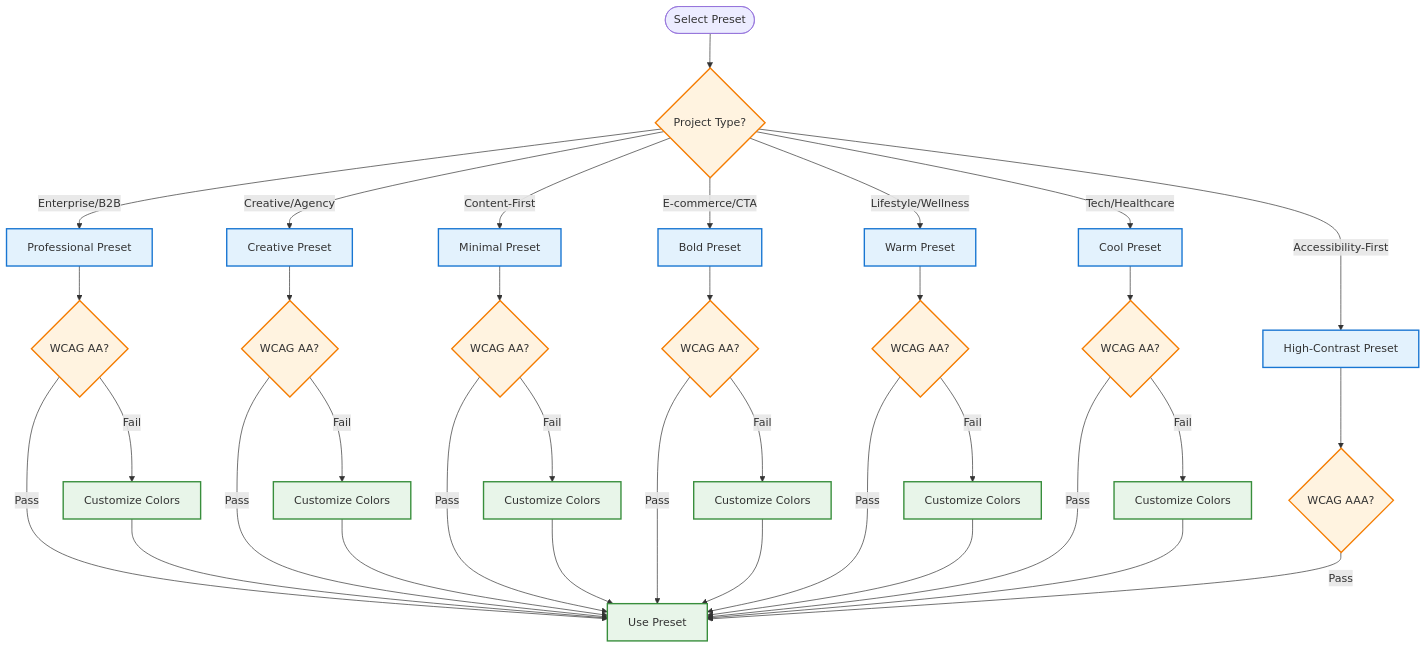
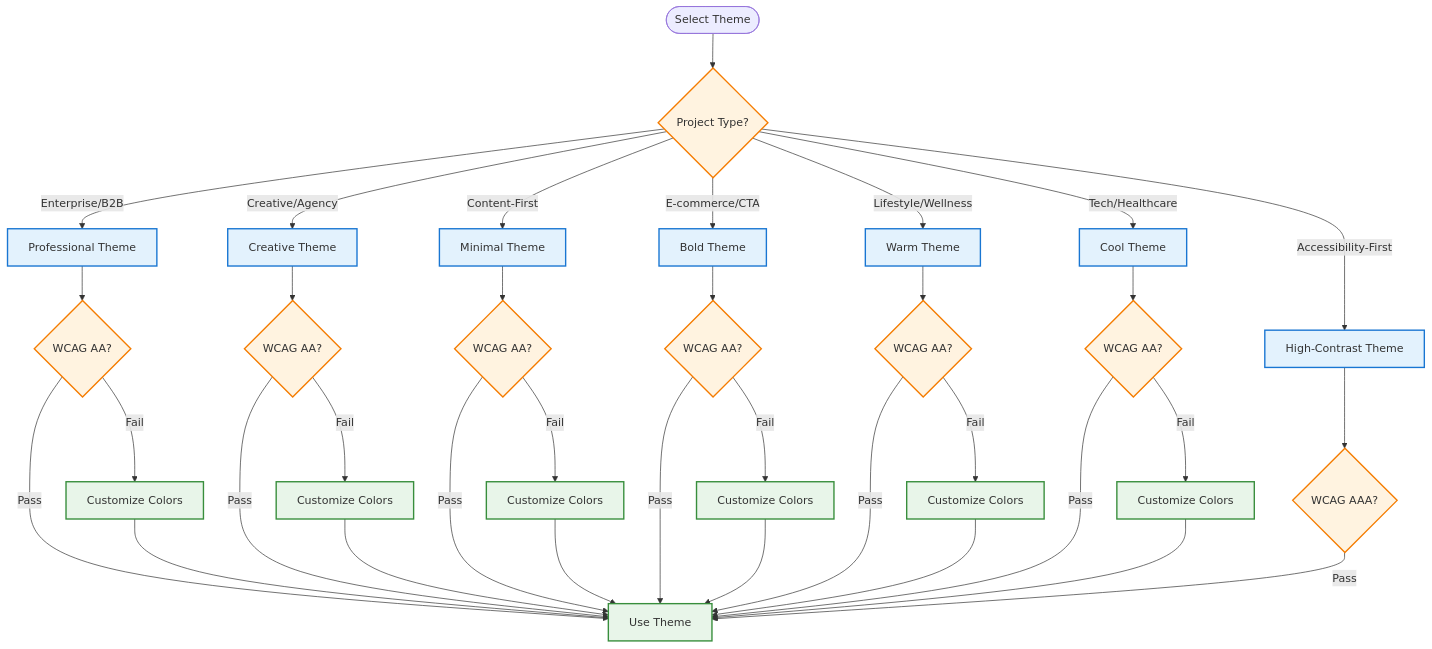
One commit to soo-kate-yeon/framingui changed the diagram in packages/token-contract/docs/BEST-PRACTICES.md. Above: the diagram before and after it, drawn with Mermaid. The commit also changed other lines of this file and 301 other files, not shown here.

First line of the commit message:
refactor: rename preset→theme, archetype→component across codebase

````diff
--- a/packages/token-contract/docs/BEST-PRACTICES.md
+++ b/packages/token-contract/docs/BEST-PRACTICES.md
@@ -13,50 +13,50 @@
 ```mermaid
 flowchart TD
-    Start([Select Preset]) --> Purpose{Project Type?}
+    Start([Select Theme]) --> Purpose{Project Type?}
 
-    Purpose -->|Enterprise/B2B| Professional[Professional Preset]
-    Purpose -->|Creative/Agency| Creative[Creative Preset]
-    Purpose -->|Content-First| Minimal[Minimal Preset]
-    Purpose -->|E-commerce/CTA| Bold[Bold Preset]
-    Purpose -->|Lifestyle/Wellness| Warm[Warm Preset]
-    Purpose -->|Tech/Healthcare| Cool[Cool Preset]
-    Purpose -->|Accessibility-First| HighContrast[High-Contrast Preset]
+    Purpose -->|Enterprise/B2B| Professional[Professional Theme]
+    Purpose -->|Creative/Agency| Creative[Creative Theme]
+    Purpose -->|Content-First| Minimal[Minimal Theme]
+    Purpose -->|E-commerce/CTA| Bold[Bold Theme]
+    Purpose -->|Lifestyle/Wellness| Warm[Warm Theme]
+    Purpose -->|Tech/Healthcare| Cool[Cool Theme]
+    Purpose -->|Accessibility-First| HighContrast[High-Contrast Theme]
 
     Professional --> ValidateProf{WCAG AA?}
     Creative --> ValidateCreative{WCAG AA?}
     Minimal --> ValidateMin{WCAG AA?}
     Bold --> ValidateBold{WCAG AA?}
     Warm --> ValidateWarm{WCAG AA?}
     Cool --> ValidateCool{WCAG AA?}
     HighContrast --> ValidateHC{WCAG AAA?}
 
-    ValidateProf -->|Pass| UsePreset[Use Preset]
+    ValidateProf -->|Pass| UsePreset[Use Theme]
     ValidateCreative -->|Pass| UsePreset
     ValidateMin -->|Pass| UsePreset
     ValidateBold -->|Pass| UsePreset
     ValidateWarm -->|Pass| UsePreset
     ValidateCool -->|Pass| UsePreset
     ValidateHC -->|Pass| UsePreset
 
     ValidateProf -->|Fail| CustomizeProf[Customize Colors]
     ValidateCreative -->|Fail| CustomizeCreative[Customize Colors]
     ValidateMin -->|Fail| CustomizeMin[Customize Colors]
     ValidateBold -->|Fail| CustomizeBold[Customize Colors]
     ValidateWarm -->|Fail| CustomizeWarm[Customize Colors]
     ValidateCool -->|Fail| CustomizeCool[Customize Colors]
 
     CustomizeProf --> UsePreset
     CustomizeCreative --> UsePreset
     CustomizeMin --> UsePreset
     CustomizeBold --> UsePreset
     CustomizeWarm --> UsePreset
     CustomizeCool --> UsePreset
 
     classDef decisionNode fill:#fff3e0,stroke:#f57c00,stroke-width:2px
     classDef presetNode fill:#e3f2fd,stroke:#1976d2,stroke-width:2px
     classDef actionNode fill:#e8f5e9,stroke:#388e3c,stroke-width:2px
 
     class Purpose,ValidateProf,ValidateCreative,ValidateMin,ValidateBold,ValidateWarm,ValidateCool,ValidateHC decisionNode
     class Professional,Creative,Minimal,Bold,Warm,Cool,HighContrast presetNode
     class UsePreset,CustomizeProf,CustomizeCreative,CustomizeMin,CustomizeBold,CustomizeWarm,CustomizeCool actionNode
 ```
````
